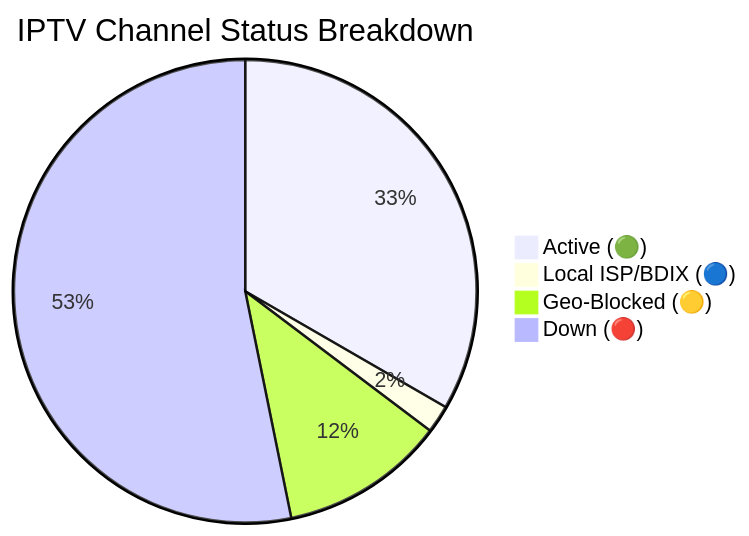
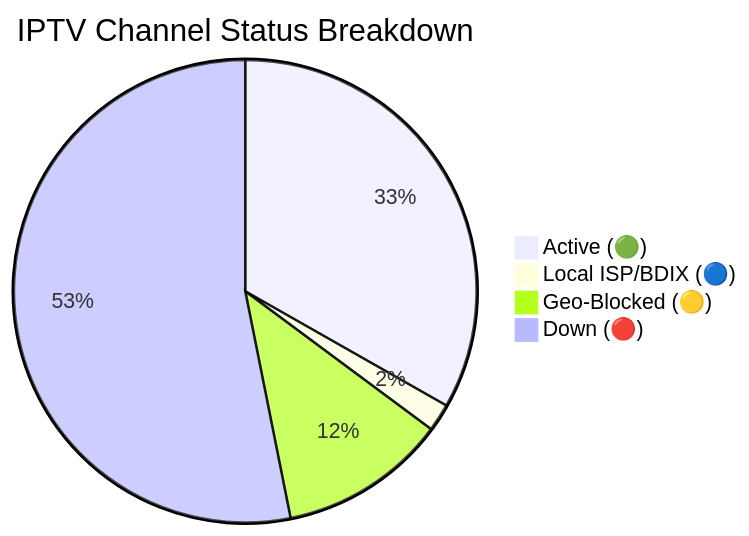
One commit to andreataylord/Ip-tv-Collection changed the diagram in README.md. Above: the diagram before and after it, drawn with Mermaid. The commit also changed other lines of this file and 1 other file, not shown here.

Commit message:
docs(readme): auto-update daily channel status chart

````diff
--- a/README.md
+++ b/README.md
@@ -59,7 +59,7 @@
 ```mermaid
 pie title IPTV Channel Status Breakdown
-    "Active (🟢)" : 2196
+    "Active (🟢)" : 2188
     "Local ISP/BDIX (🔵)" : 128
-    "Geo-Blocked (🟡)" : 759
-    "Down (🔴)" : 3503
+    "Geo-Blocked (🟡)" : 770
+    "Down (🔴)" : 3500
 ```
````
